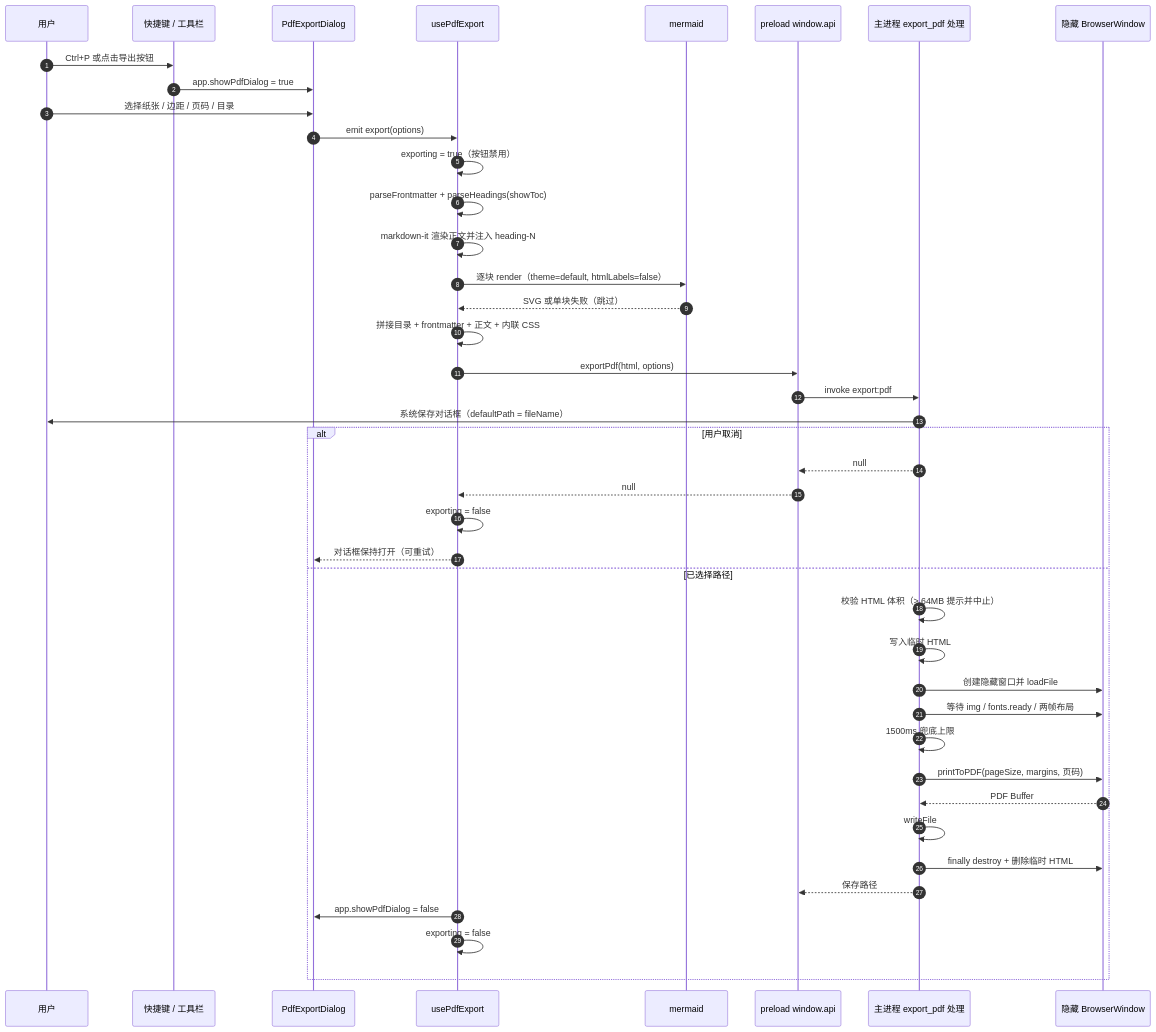
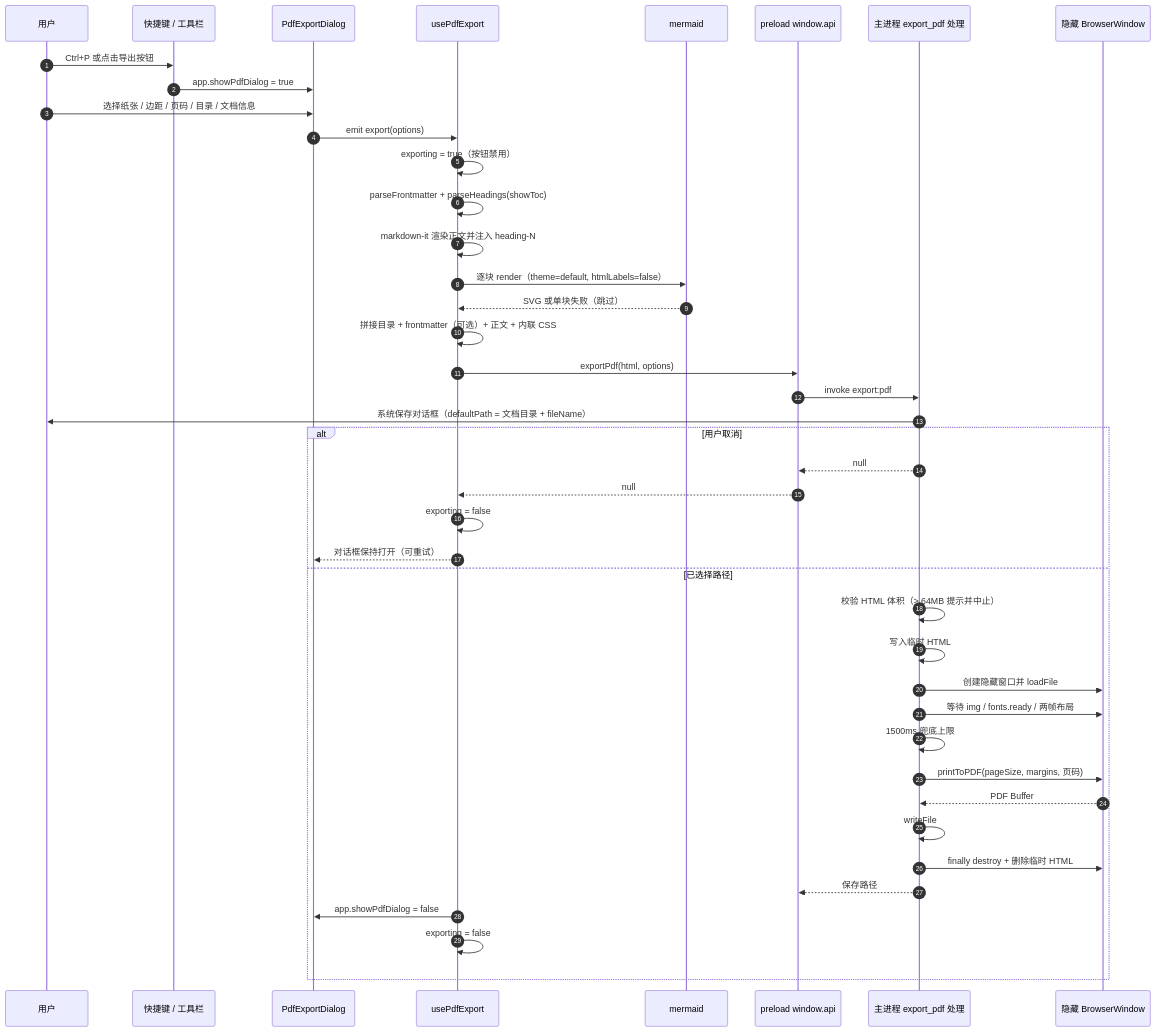
Before and after one commit to Harley-xk/mark-it: the diagram in docs/PDF导出.md, drawn with Mermaid. The commit also changed other lines of this file and 13 other files, not shown here.

````diff
--- a/docs/PDF导出.md
+++ b/docs/PDF导出.md
@@ -84,45 +90,45 @@
 ```mermaid
 sequenceDiagram
     autonumber
     participant U as 用户
     participant K as 快捷键 / 工具栏
     participant D as PdfExportDialog
     participant C as usePdfExport
     participant M as mermaid
     participant API as preload window.api
     participant MAIN as 主进程 export_pdf 处理
     participant W as 隐藏 BrowserWindow
 
     U->>K: Ctrl+P 或点击导出按钮
     K->>D: app.showPdfDialog = true
-    U->>D: 选择纸张 / 边距 / 页码 / 目录
+    U->>D: 选择纸张 / 边距 / 页码 / 目录 / 文档信息
     D->>C: emit export(options)
     C->>C: exporting = true（按钮禁用）
     C->>C: parseFrontmatter + parseHeadings(showToc)
     C->>C: markdown-it 渲染正文并注入 heading-N
     C->>M: 逐块 render（theme=default, htmlLabels=false）
     M-->>C: SVG 或单块失败（跳过）
-    C->>C: 拼接目录 + frontmatter + 正文 + 内联 CSS
+    C->>C: 拼接目录 + frontmatter（可选）+ 正文 + 内联 CSS
     C->>API: exportPdf(html, options)
     API->>MAIN: invoke export:pdf
-    MAIN->>U: 系统保存对话框（defaultPath = fileName）
+    MAIN->>U: 系统保存对话框（defaultPath = 文档目录 + fileName）
     alt 用户取消
         MAIN-->>API: null
         API-->>C: null
         C->>C: exporting = false
         C-->>D: 对话框保持打开（可重试）
     else 已选择路径
         MAIN->>MAIN: 校验 HTML 体积（> 64MB 提示并中止）
         MAIN->>MAIN: 写入临时 HTML
         MAIN->>W: 创建隐藏窗口并 loadFile
         MAIN->>W: 等待 img / fonts.ready / 两帧布局
         MAIN->>MAIN: 1500ms 兜底上限
         MAIN->>W: printToPDF(pageSize, margins, 页码)
         W-->>MAIN: PDF Buffer
         MAIN->>MAIN: writeFile
         MAIN->>W: finally destroy + 删除临时 HTML
         MAIN-->>API: 保存路径
         C->>D: app.showPdfDialog = false
         C->>C: exporting = false
     end
 ```
````
